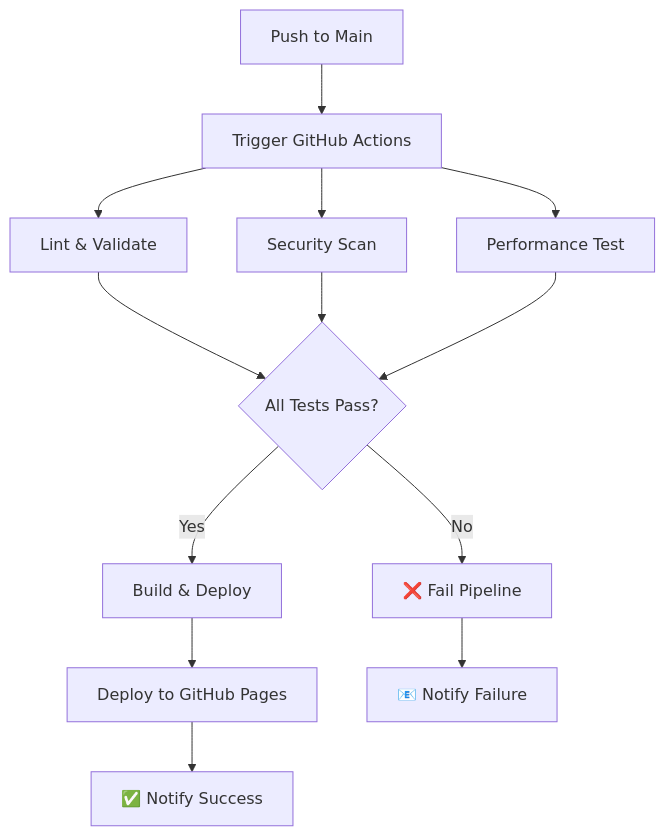
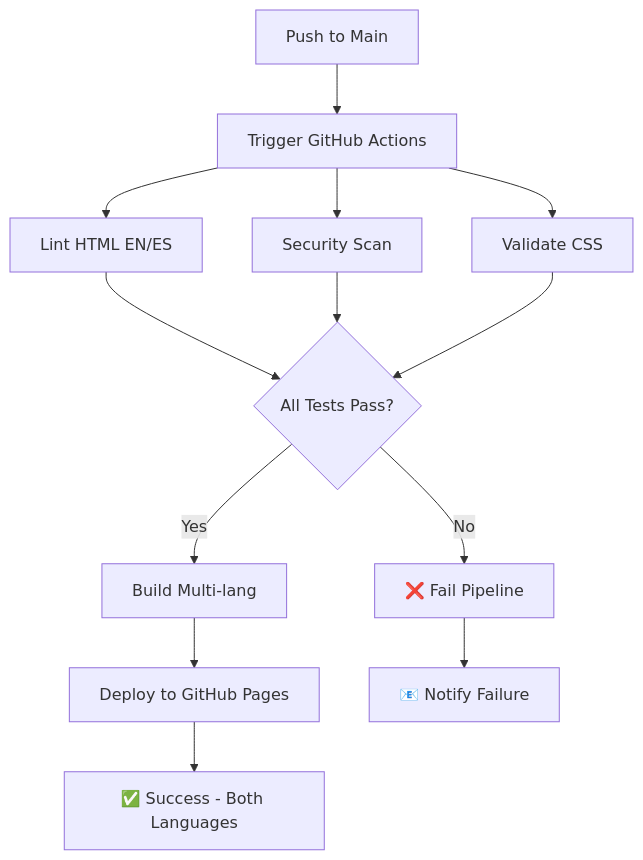
Before and after one commit to ignazer/CV_IMG: the diagram in PIPELINE.md, drawn with Mermaid. The commit also changed other lines of this file and 7 other files, not shown here.

````diff
--- a/PIPELINE.md
+++ b/PIPELINE.md
@@ -12,15 +27,15 @@
 ```mermaid
 graph TD
     A[Push to Main] --> B[Trigger GitHub Actions]
-    B --> C[Lint & Validate]
+    B --> C[Lint HTML EN/ES]
     B --> D[Security Scan]
-    B --> E[Performance Test]
+    B --> E[Validate CSS]
     C --> F{All Tests Pass?}
     D --> F
     E --> F
-    F -->|Yes| G[Build & Deploy]
+    F -->|Yes| G[Build Multi-lang]
     F -->|No| H[❌ Fail Pipeline]
     G --> I[Deploy to GitHub Pages]
-    I --> J[✅ Notify Success]
+    I --> J[✅ Success - Both Languages]
     H --> K[📧 Notify Failure]
 ```
````
